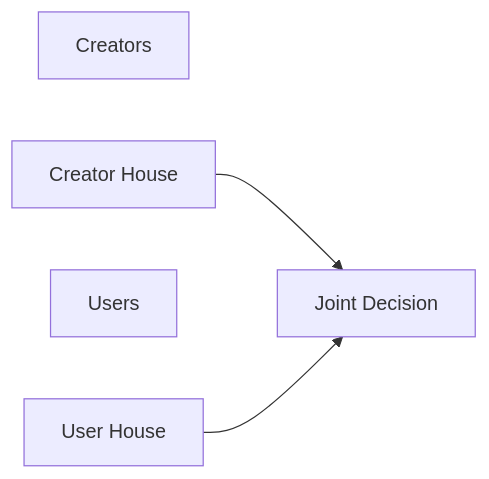
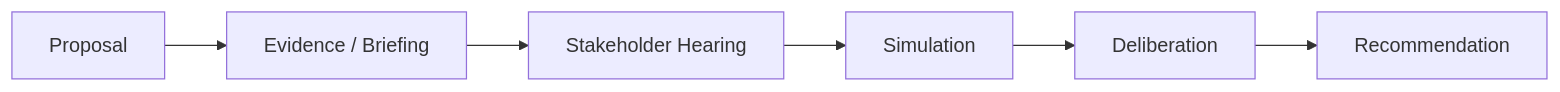
Diagram 20 of 46 in docs/whitepaper/13-roadmap.md (ShigeichiroYamasaki/creator-first-platform), drawn with Mermaid before and after one commit. The commit also changed other lines of this file, not shown here.

````diff
--- a/docs/whitepaper/13-roadmap.md
+++ b/docs/whitepaper/13-roadmap.md
@@ -693,11 +685,11 @@
 ```mermaid
 flowchart LR
-    CREATOR[Creators]
-    CH[Creator House]
+    PROP[Proposal]
+    INFO[Evidence / Briefing]
+    HEAR[Stakeholder Hearing]
+    SIM[Simulation]
+    DELIB[Deliberation]
+    REC[Recommendation]
 
-    USER[Users]
-    UH[User House]
-
-    CH --> DECISION[Joint Decision]
-    UH --> DECISION
+    PROP --> INFO --> HEAR --> SIM --> DELIB --> REC
 ```
````
